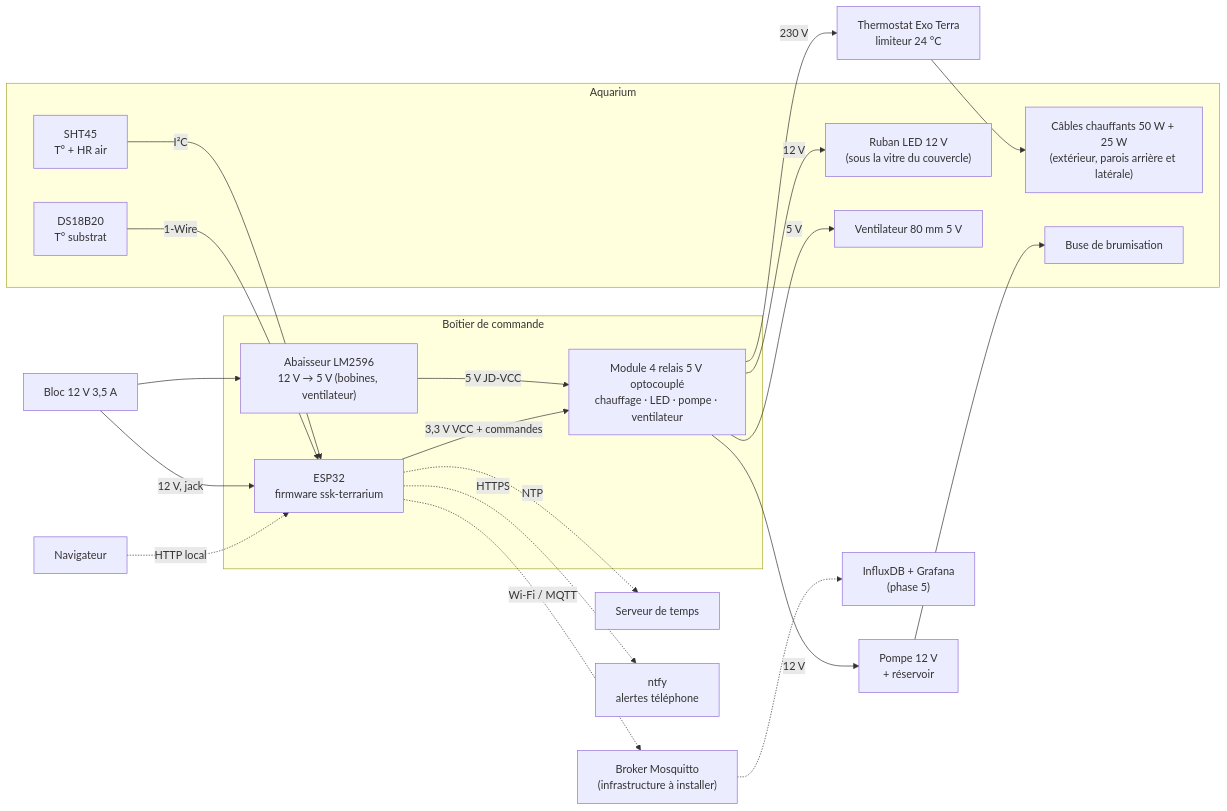
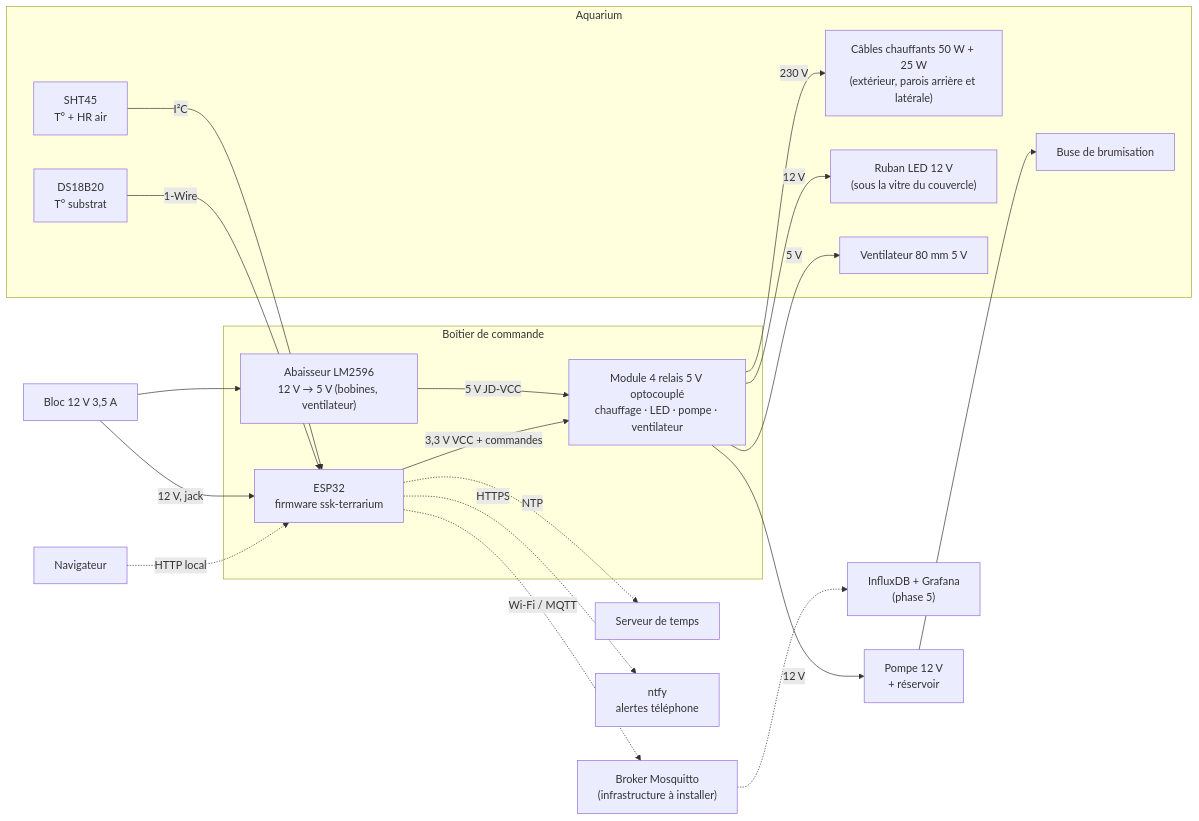
One commit to ssk-it/ssk-terrarium-cadrage changed the diagram in cadrages/2026-001/cadrage.md. Above: the diagram before and after it, drawn with Mermaid. The commit also changed other lines of this file and 7 other files, not shown here.

````diff
--- a/cadrages/2026-001/cadrage.md
+++ b/cadrages/2026-001/cadrage.md
@@ -95,38 +95,37 @@
 ```mermaid
 flowchart LR
     subgraph Bac["Aquarium"]
         SHT["SHT45<br/>T° + HR air"]
         DS["DS18B20<br/>T° substrat"]
         CAB["Câbles chauffants 50 W + 25 W<br/>(extérieur, parois arrière et latérale)"]
         LED["Ruban LED 12 V<br/>(sous la vitre du couvercle)"]
         BUSE["Buse de brumisation"]
         VENT["Ventilateur 80 mm 5 V"]
     end
 
     subgraph Boitier["Boîtier de commande"]
         ESP["ESP32<br/>firmware ssk-terrarium"]
         REL["Module 4 relais 5 V optocouplé<br/>chauffage · LED · pompe · ventilateur"]
         BUCK["Abaisseur LM2596<br/>12 V → 5 V (bobines, ventilateur)"]
     end
 
     ALIM["Bloc 12 V 3,5 A"]
 
-    LIM["Thermostat Exo Terra<br/>limiteur 24 °C"]
     POMPE["Pompe 12 V<br/>+ réservoir"]
 
     SHT -- I²C --> ESP
     DS -- 1-Wire --> ESP
     ALIM -- 12 V, jack --> ESP
     ALIM --> BUCK -- 5 V JD-VCC --> REL
     ESP -- 3,3 V VCC + commandes --> REL
-    REL -- 230 V --> LIM --> CAB
+    REL -- 230 V --> CAB
     REL -- 12 V --> LED
     REL -- 12 V --> POMPE --> BUSE
     REL -- 5 V --> VENT
 
     ESP -. Wi-Fi / MQTT .-> MQTT["Broker Mosquitto<br/>(infrastructure à installer)"]
     ESP -. NTP .-> NTP["Serveur de temps"]
     MQTT -.-> TSDB["InfluxDB + Grafana<br/>(phase 5)"]
     ESP -. HTTPS .-> NTFY["ntfy<br/>alertes téléphone"]
     USER["Navigateur"] -. HTTP local .-> ESP
 ```
````
